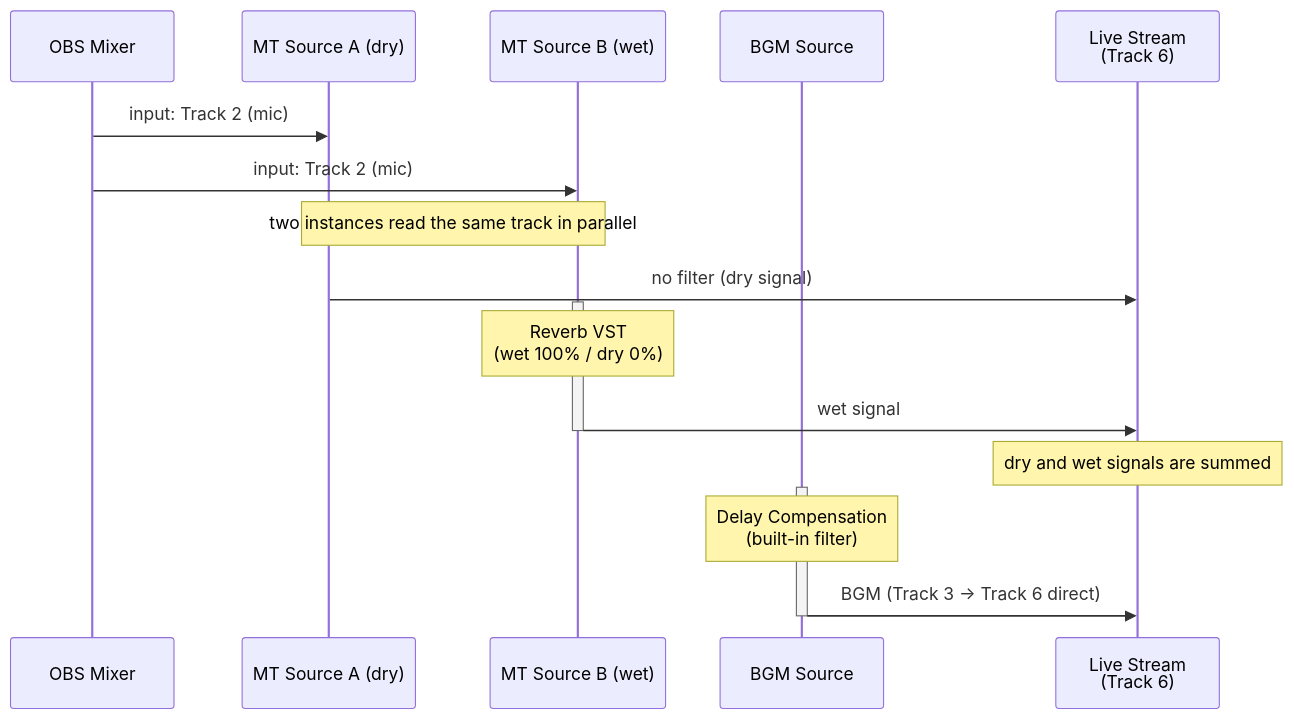
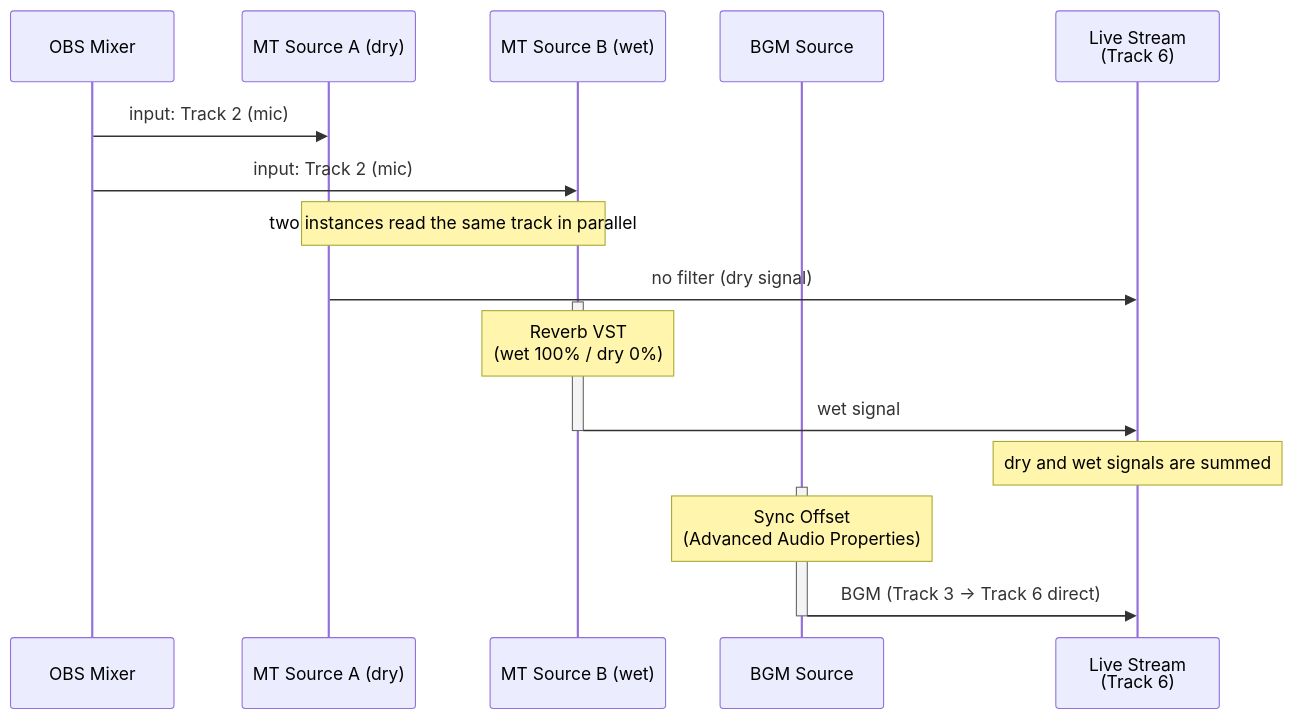
Before and after one commit to semnil/MixTrack2Source: the diagram in docs/uc5-parallel-reverb.md, drawn with Mermaid. The commit also changed other lines of this file and 3 other files, not shown here.

````diff
--- a/docs/uc5-parallel-reverb.md
+++ b/docs/uc5-parallel-reverb.md
@@ -21,26 +21,26 @@
 ```mermaid
 sequenceDiagram
     participant M   as OBS Mixer
     participant MA  as MT Source A (dry)
     participant MB  as MT Source B (wet)
     participant BG  as BGM Source
     participant ST  as Live Stream<br/>(Track 6)
 
     M  ->> MA : input: Track 2 (mic)
     M  ->> MB : input: Track 2 (mic)
     Note over MA,MB : two instances read the same track in parallel
 
     MA ->> ST : no filter (dry signal)
 
     activate MB
     Note over MB : Reverb VST<br/>(wet 100% / dry 0%)
     MB ->> ST : wet signal
     deactivate MB
 
     Note over ST : dry and wet signals are summed
 
     activate BG
-    Note over BG : Delay Compensation<br/>(built-in filter)
+    Note over BG : Sync Offset<br/>(Advanced Audio Properties)
     BG ->> ST : BGM (Track 3 → Track 6 direct)
     deactivate BG
 ```
````
